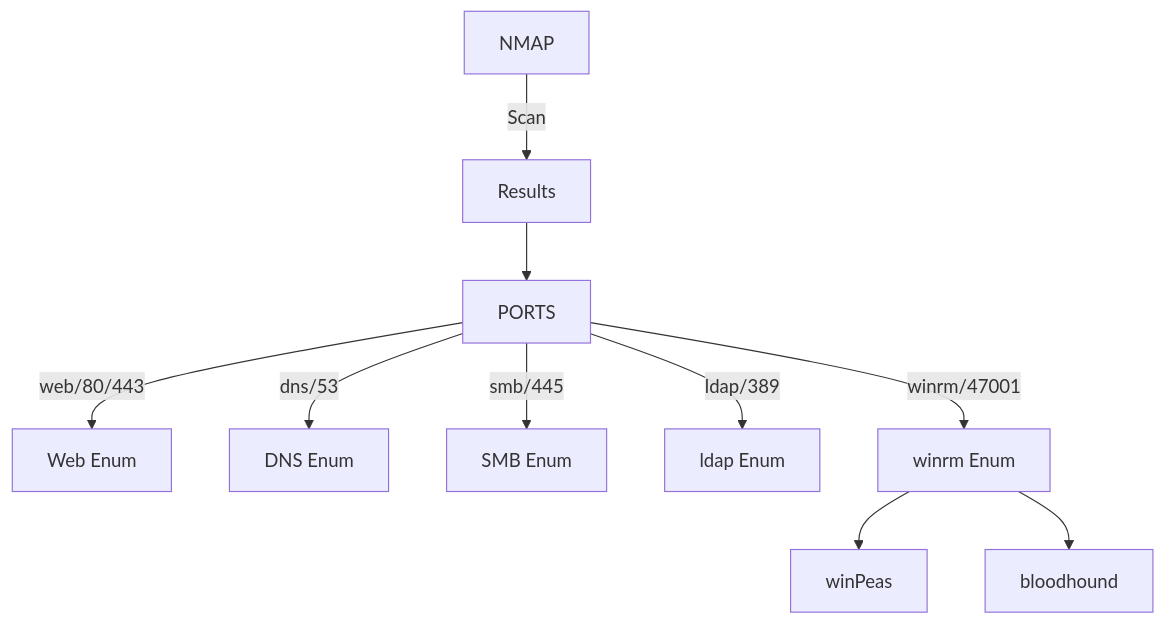
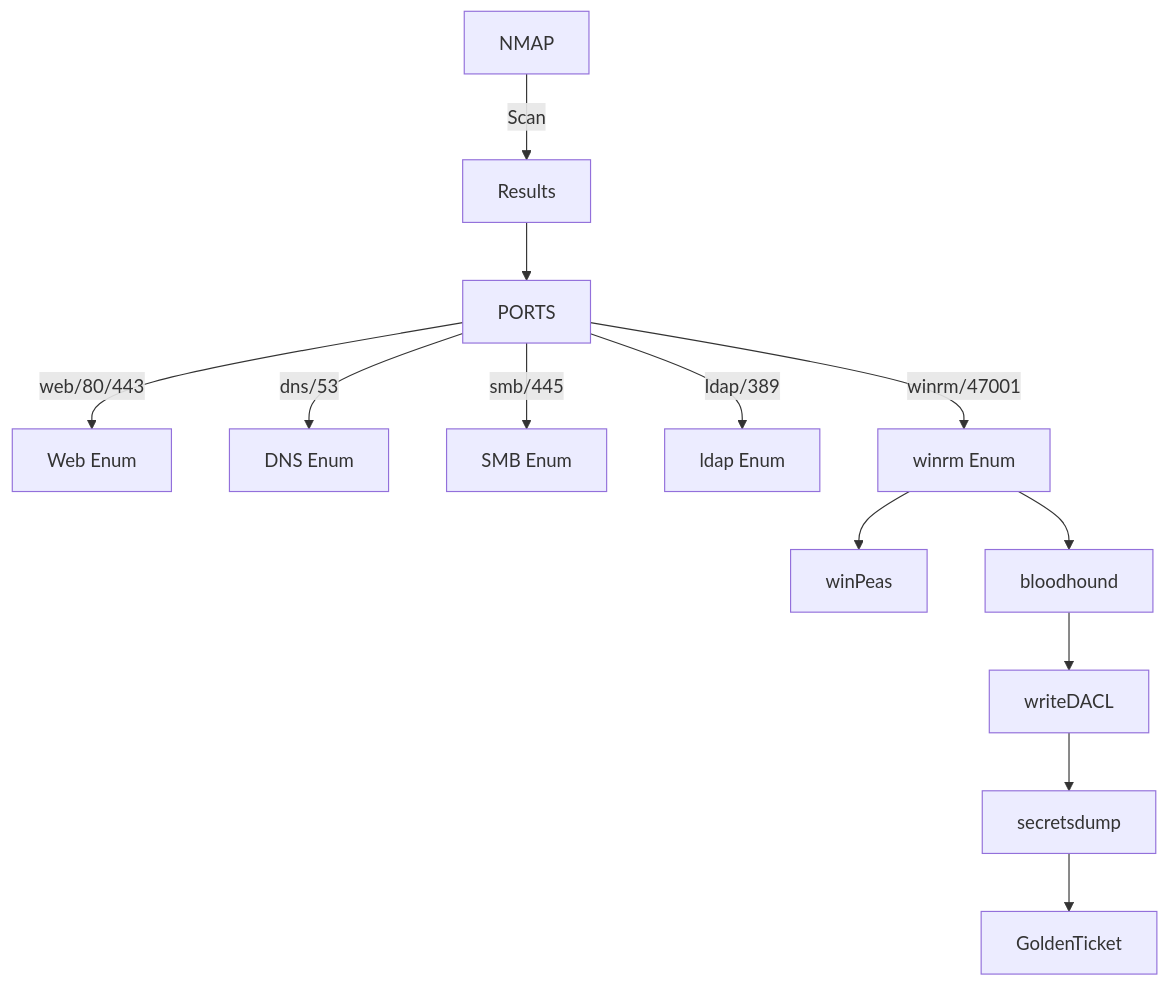
One commit to nullbr41n/nullbrain changed the diagram in CTF/Checklists/windows.md. Above: the diagram before and after it, drawn with Mermaid. The commit also changed 16 other files, not shown here.

Commit message:
Active directory flow chart

````diff
--- a/CTF/Checklists/windows.md
+++ b/CTF/Checklists/windows.md
@@ -8,26 +8,36 @@
 ```mermaid
   graph TD;
   A[NMAP] -->|Scan| B[Results]
   B --> C[PORTS]
   C -->|web/80/443| D[Web Enum]  
   C -->|dns/53| E[DNS Enum]
   C -->|smb/445| F[SMB Enum]
   C -->|ldap/389| G[ldap Enum]
   C -->|winrm/47001| H[winrm Enum]
   H --> I[winPeas]
   H --> J[bloodhound]
+  J --> K[writeDACL]
+  K --> L[secretsdump]
+  L --> M[GoldenTicket]
 
 click A "https://github.com/nullbr41n/nullbrain/blob/main/active-information-gathering/nmap.md" "NMAP" _blank
 
 click E "https://github.com/nullbr41n/nullbrain/blob/main/active-information-gathering/dns/README.md" "DNS Enum" _blank
 
 click F "https://github.com/nullbr41n/nullbrain/blob/main/active-information-gathering/enumeration/smb.md" "SMB Enum" _blank
 
 click G "https://github.com/nullbr41n/nullbrain/blob/main/active-information-gathering/ldap.md" "ldap Enum" _blank
 
 click H "https://github.com/nullbr41n/nullbrain/blob/main/active-directory/winrm.md" "WINRM" _blank
 
 click I "https://github.com/nullbr41n/nullbrain/blob/main/active-directory/winrm.md#Winpeas" "winPeas" _blank
 
 click J "https://github.com/nullbr41n/nullbrain/blob/main/active-directory/bloodhound.md" "bloodhound" _blank
+
+click K "https://github.com/nullbr41n/nullbrain/blob/main/active-directory/writeDACL.md" "writeDACL" _blank
+
+click L "https://github.com/nullbr41n/nullbrain/blob/main/active-directory/secretsdump.md" "secretsdump" _blank
+
+click M "https://github.com/nullbr41n/nullbrain/blob/main/active-directory/golden_ticket_linux.md" "GoldenTicket" _blank
+
 ```
````
